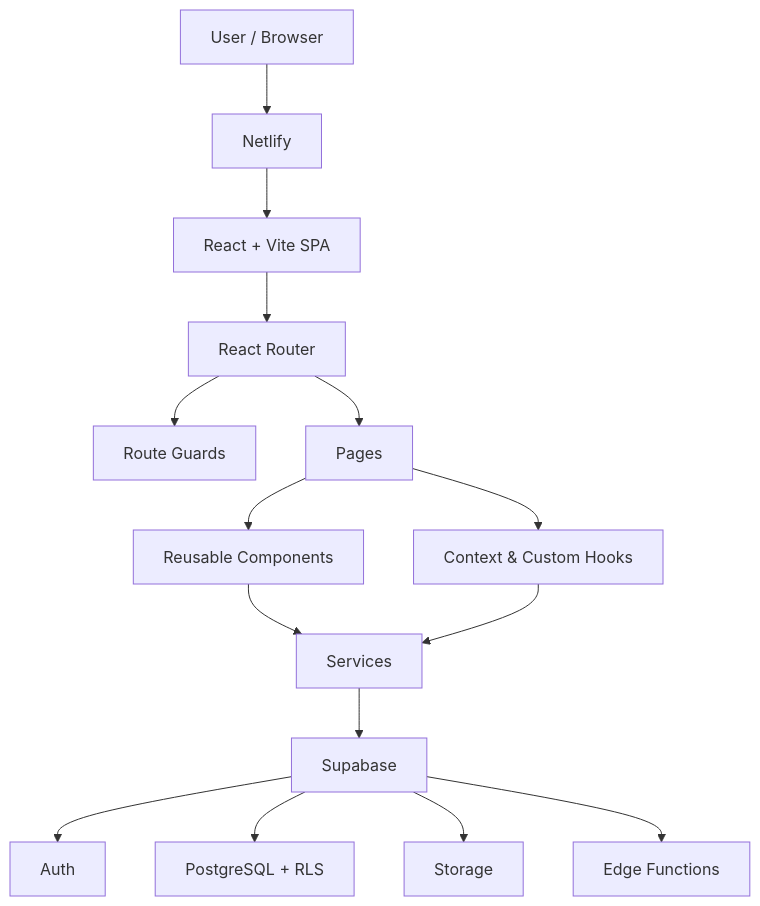
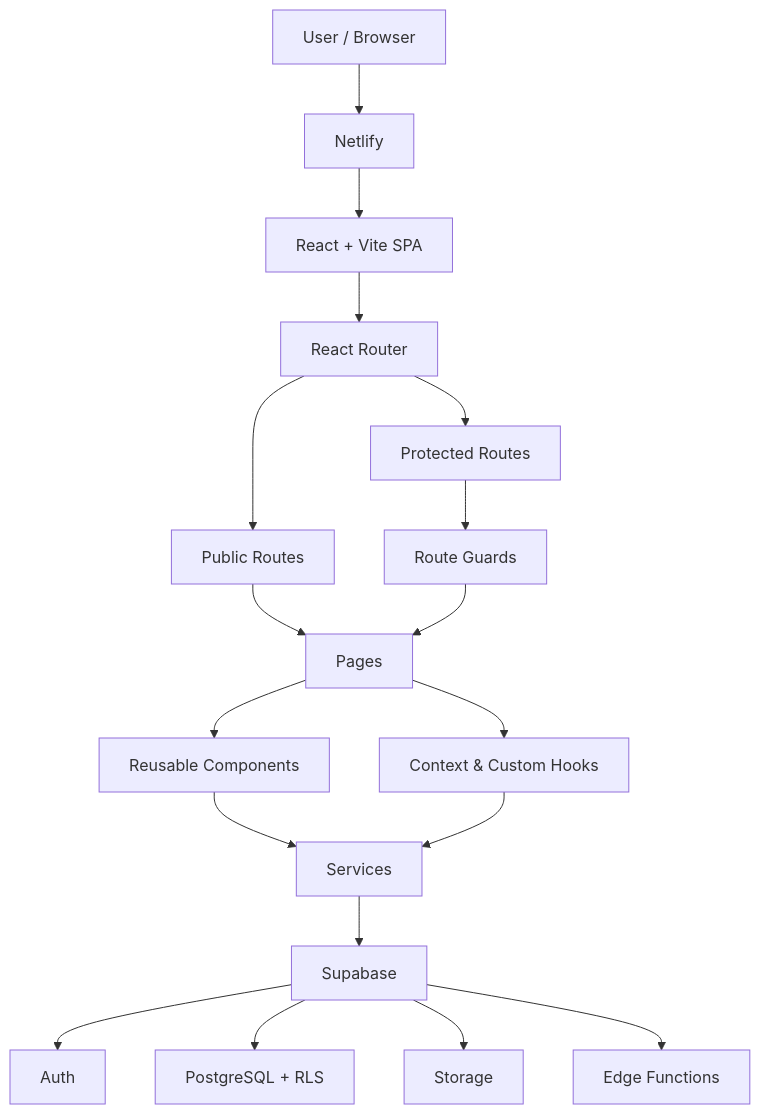
One commit to SATananov/CaneCorsoHeritage changed the diagram in README.md. Above: the diagram before and after it, drawn with Mermaid. The commit also changed other lines of this file, not shown here.

Commit message:
Update README architecture diagram

````diff
--- a/README.md
+++ b/README.md
@@ -65,21 +65,26 @@
 ```mermaid
 flowchart TD
     A[User / Browser] --> B[Netlify]
     B --> C[React + Vite SPA]
     C --> D[React Router]
-    D --> E[Route Guards]
-    D --> F[Pages]
 
-    F --> G[Reusable Components]
-    F --> H[Context & Custom Hooks]
+    D --> E[Public Routes]
+    D --> F[Protected Routes]
+    F --> G[Route Guards]
 
-    G --> I[Services]
-    H --> I
+    E --> H[Pages]
+    G --> H
 
-    I --> J[Supabase]
+    H --> I[Reusable Components]
+    H --> J[Context & Custom Hooks]
 
-    J --> K[Auth]
-    J --> L[PostgreSQL + RLS]
-    J --> M[Storage]
-    J --> N[Edge Functions]
+    I --> K[Services]
+    J --> K
+
+    K --> L[Supabase]
+
+    L --> M[Auth]
+    L --> N[PostgreSQL + RLS]
+    L --> O[Storage]
+    L --> P[Edge Functions]
 ```
````
